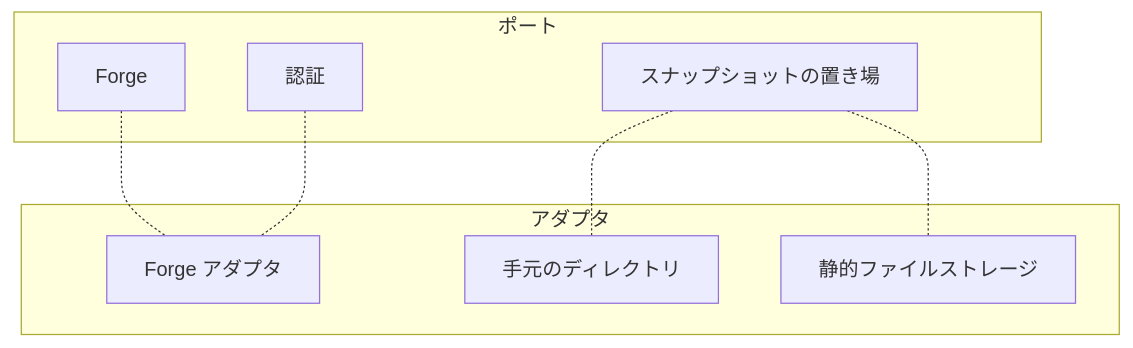
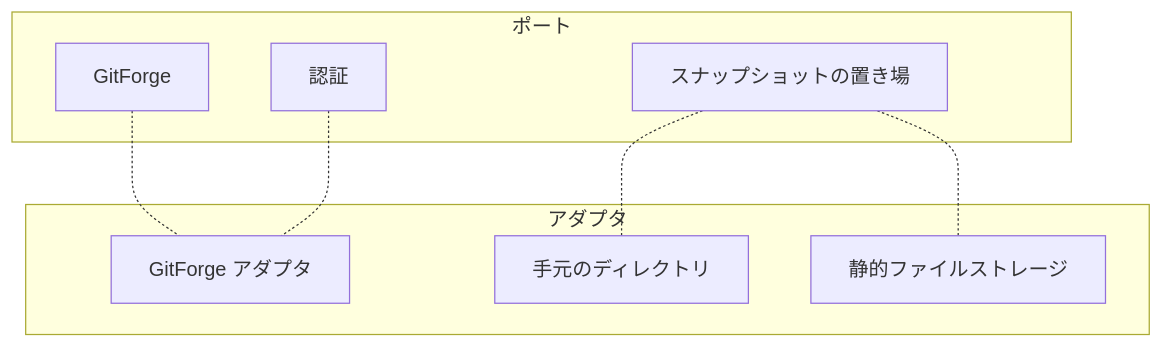
The diagram in design/backend/ports/README.md (yamambainc/logiforge), drawn with Mermaid before and after one commit. The commit also changed other lines of this file and 35 other files, not shown here.

First line of the commit message:
design, docs: 抽象化した呼び名を Forge から GitForge にした

````diff
--- a/design/backend/ports/README.md
+++ b/design/backend/ports/README.md
@@ -21,17 +21,17 @@
 ```mermaid
 flowchart TB
   subgraph PT["ポート"]
-    P2["Forge"]
+    P2["GitForge"]
     P4["スナップショットの置き場"]
     P3["認証"]
   end
   subgraph AD["アダプタ"]
-    FA["Forge アダプタ"]
+    FA["GitForge アダプタ"]
     DIR["手元のディレクトリ"]
     OBJ["静的ファイルストレージ"]
   end
   P2 -.- FA
   P3 -.- FA
   P4 -.- DIR
   P4 -.- OBJ
 ```
````
